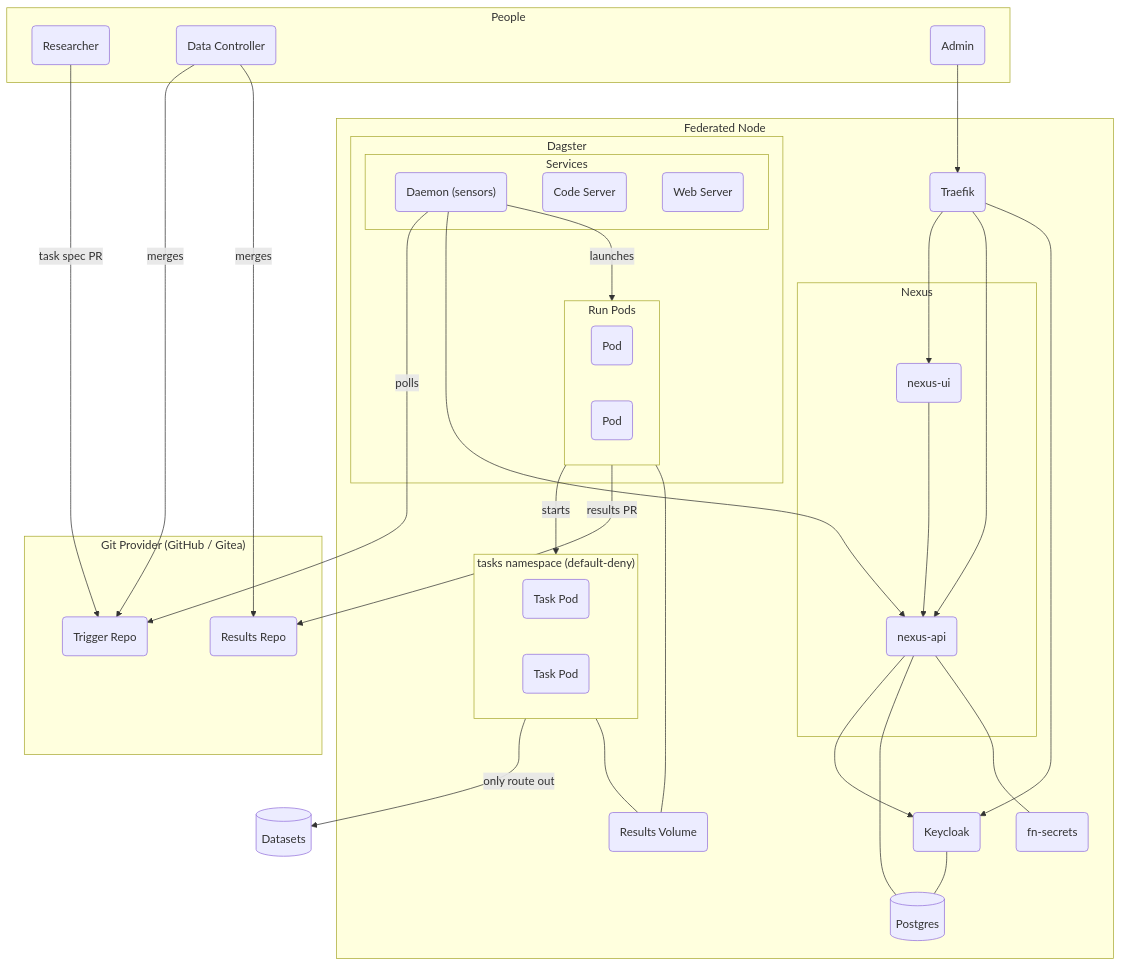
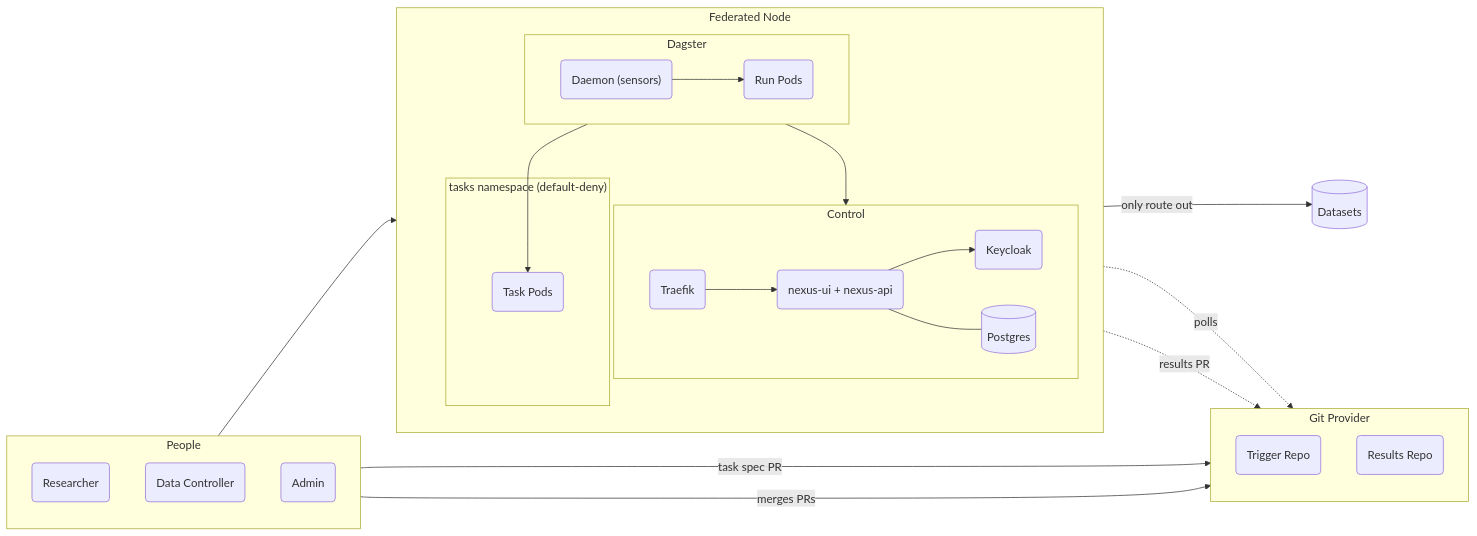
Before and after one commit to Aridhia-Open-Source/PHEMS_federated_node: the second of 2 diagrams in README.md, drawn with Mermaid. The commit also changed 1 other file, not shown here.

Commit message:
docs: simpler architecture diagram: left to right, grouped control plane, fewer crossing lines

````diff
--- a/README.md
+++ b/README.md
@@ -32,69 +32,42 @@
 ```mermaid
-flowchart TD
+flowchart LR
   subgraph People["People"]
+    direction TB
     Researcher("Researcher")
     DataController("Data Controller")
     Admin("Admin")
   end
 
-  subgraph GitProvider["Git Provider (GitHub / Gitea)"]
+  subgraph GitProvider["Git Provider"]
+    direction TB
     TriggerRepo("Trigger Repo")
     ResultsRepo("Results Repo")
   end
 
   subgraph FederatedNode["Federated Node"]
-    Traefik("Traefik")
-
-    subgraph Nexus["Nexus"]
-      UI("nexus-ui")
-      API("nexus-api")
+    direction TB
+    subgraph Control["Control"]
+      direction LR
+      Traefik("Traefik") --> Nexus("nexus-ui + nexus-api") --> Keycloak("Keycloak")
+      Nexus --- Postgres[("Postgres")]
     end
-
-    Keycloak("Keycloak")
-    Postgres[("Postgres")]
-    Secrets("fn-secrets")
-
     subgraph Dagster["Dagster"]
-      subgraph DagsterServices["Services"]
-        Daemon("Daemon (sensors)")
-        CodeServer("Code Server")
-        WebServer("Web Server")
-      end
-
-      subgraph DagsterRuns["Run Pods"]
-        Run1("Pod")
-        Run2("Pod")
-      end
+      direction LR
+      Daemon("Daemon (sensors)") --> RunPods("Run Pods")
     end
-
-    subgraph TasksNamespace["tasks namespace (default-deny)"]
-      Task1("Task Pod")
-      Task2("Task Pod")
+    subgraph Tasks["tasks namespace (default-deny)"]
+      TaskPods("Task Pods")
     end
-
-    ResultsVolume("Results Volume")
+    Daemon --> Nexus
+    RunPods --> TaskPods
   end
 
   Datasets[("Datasets")]
 
   Researcher -->|"task spec PR"| TriggerRepo
-  DataController -->|"merges"| TriggerRepo
-  DataController -->|"merges"| ResultsRepo
+  DataController -->|"merges PRs"| GitProvider
   Admin --> Traefik
-  Traefik --> UI
-  Traefik --> API
-  Traefik --> Keycloak
-  UI --> API
-  API --> Keycloak
-  API --- Postgres
-  Keycloak --- Postgres
-  API --- Secrets
-  Daemon -->|"polls"| TriggerRepo
-  Daemon --> API
-  Daemon -->|"launches"| DagsterRuns
-  DagsterRuns -->|"starts"| TasksNamespace
-  DagsterRuns -->|"results PR"| ResultsRepo
-  TasksNamespace -->|"only route out"| Datasets
-  TasksNamespace --- ResultsVolume
-  DagsterRuns --- ResultsVolume
+  Daemon -.->|"polls"| TriggerRepo
+  RunPods -.->|"results PR"| ResultsRepo
+  TaskPods -->|"only route out"| Datasets
 ```
````
